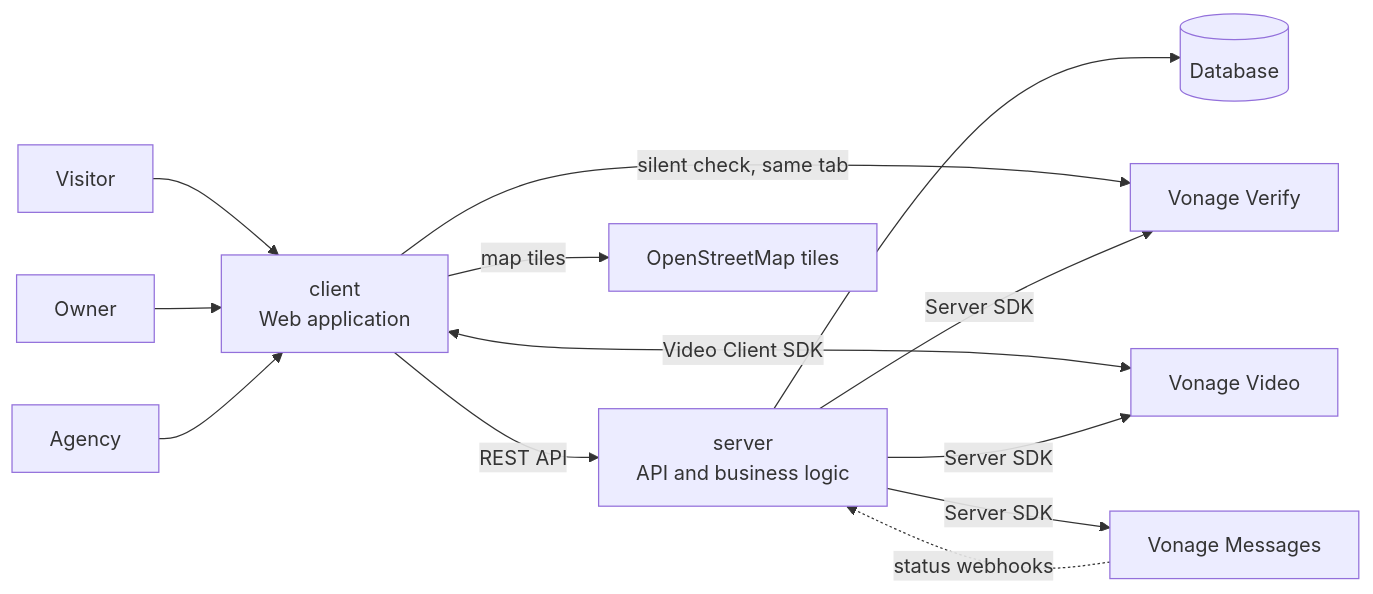
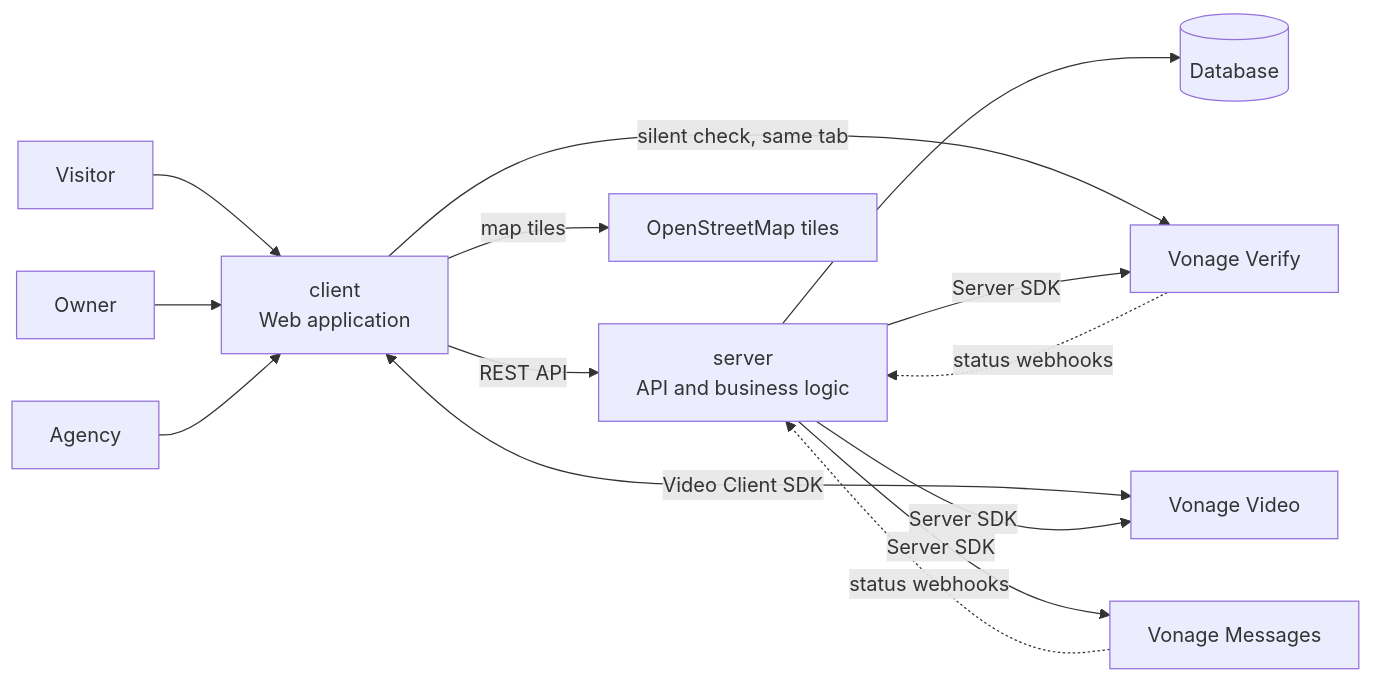
Before and after one commit to femCodersClub-vonage-program/secure-property-viewing: the first of 2 diagrams in docs/architecture/README.md, drawn with Mermaid. The commit also changed other lines of this file and 4 other files, not shown here.

````diff
--- a/docs/architecture/README.md
+++ b/docs/architecture/README.md
@@ -7,15 +7,16 @@
 ```mermaid
 flowchart LR
   V[Visitor] --> C
   P[Owner] --> C
   A[Agency] --> C
   C["client<br/>Web application"] -->|REST API| S["server<br/>API and business logic"]
   C <-->|Video Client SDK| VV[Vonage Video]
   C -->|silent check, same tab| VY
   C -->|map tiles| OSM[OpenStreetMap tiles]
   S --> DB[(Database)]
   S -->|Server SDK| VY[Vonage Verify]
   S -->|Server SDK| VV
   S -->|Server SDK| VM[Vonage Messages]
   VM -. status webhooks .-> S
+  VY -. status webhooks .-> S
 ```
````
